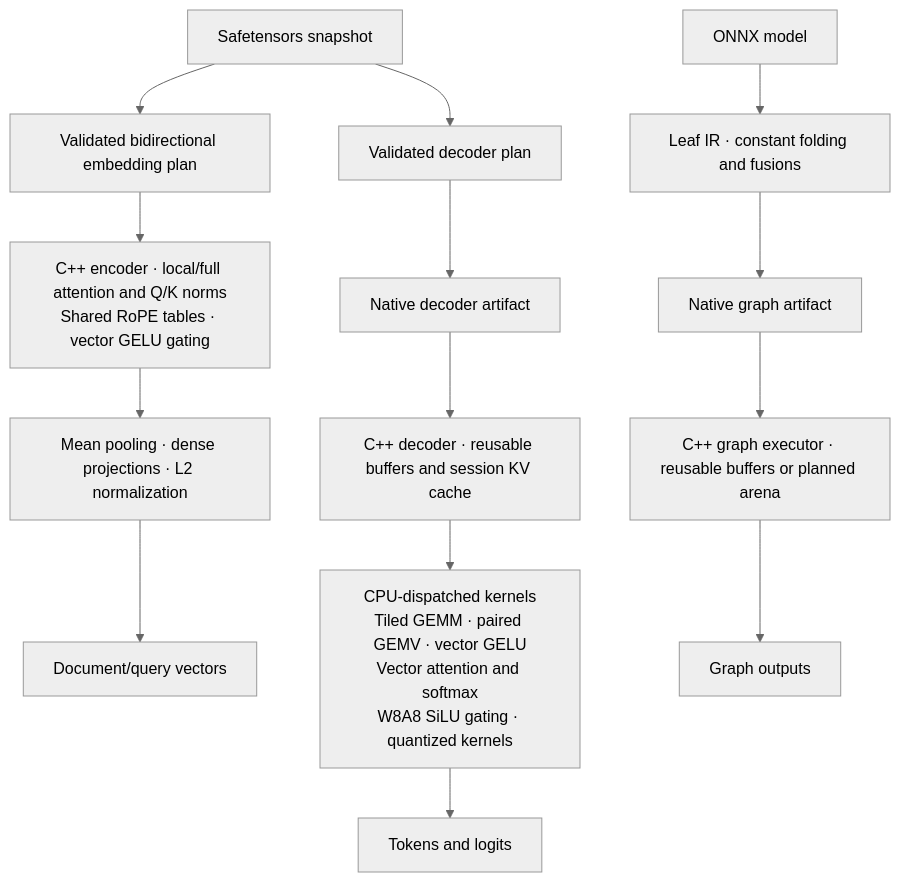
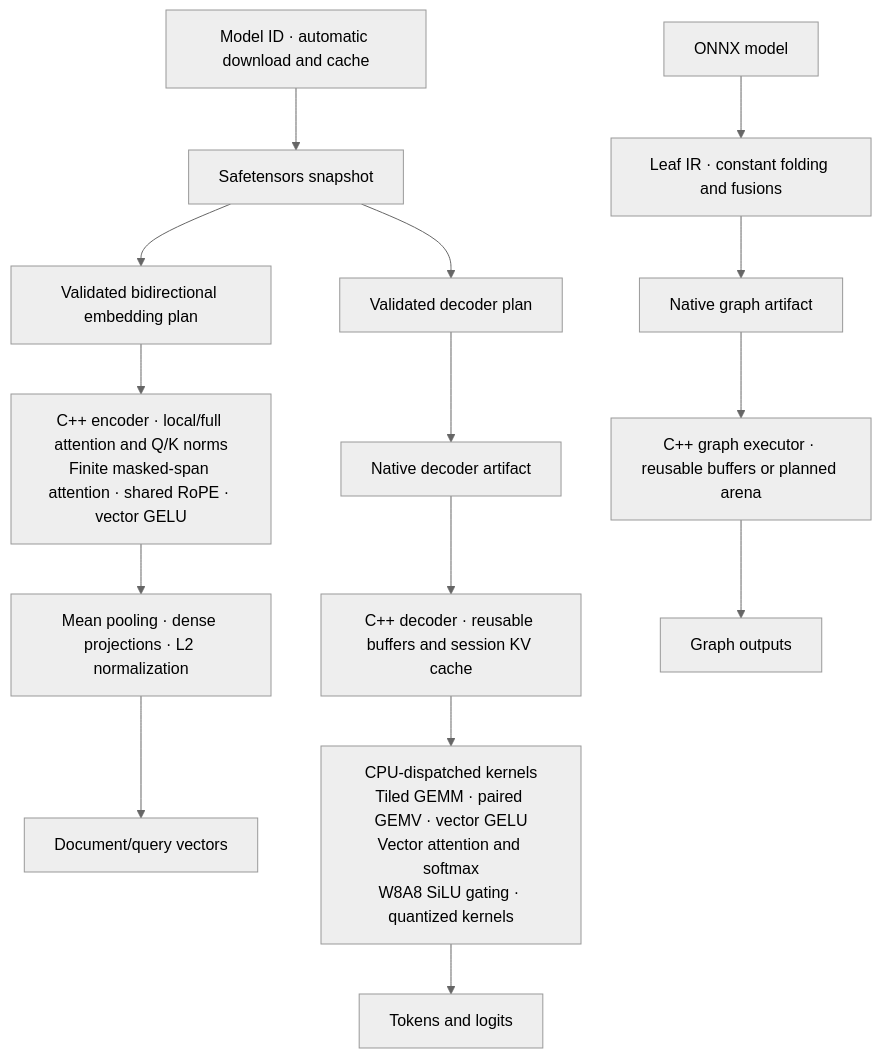
One commit to Nbit-51/Leaf changed the first of 2 diagrams in README.md. Above: the diagram before and after it, drawn with Mermaid (neutral theme). The commit also changed other lines of this file and 30 other files, not shown here.

Commit message:
Enable verified attention kernel and support embedding model IDs

````diff
--- a/README.md
+++ b/README.md
@@ -122,16 +124,17 @@
 ```mermaid
 flowchart TB
-    S["Safetensors snapshot"] --> P["Validated decoder plan"]
+    H["Model ID · automatic download and cache"] --> S["Safetensors snapshot"]
+    S --> P["Validated decoder plan"]
     S --> B["Validated bidirectional embedding plan"]
-    B --> N["C++ encoder · local/full attention and Q/K norms<br/>Shared RoPE tables · vector GELU gating"]
+    B --> N["C++ encoder · local/full attention and Q/K norms<br/>Finite masked-span attention · shared RoPE · vector GELU"]
     N --> V["Mean pooling · dense projections · L2 normalization"]
     V --> F["Document/query vectors"]
     O["ONNX model"] --> G["Leaf IR · constant folding and fusions"]
     P --> D["Native decoder artifact"]
     G --> A["Native graph artifact"]
     D --> R["C++ decoder · reusable buffers and session KV cache"]
     A --> E["C++ graph executor · reusable buffers or planned arena"]
     R --> K["CPU-dispatched kernels<br/>Tiled GEMM · paired GEMV · vector GELU<br/>Vector attention and softmax<br/>W8A8 SiLU gating · quantized kernels"]
     K --> T["Tokens and logits"]
     E --> U["Graph outputs"]
 ```
````
